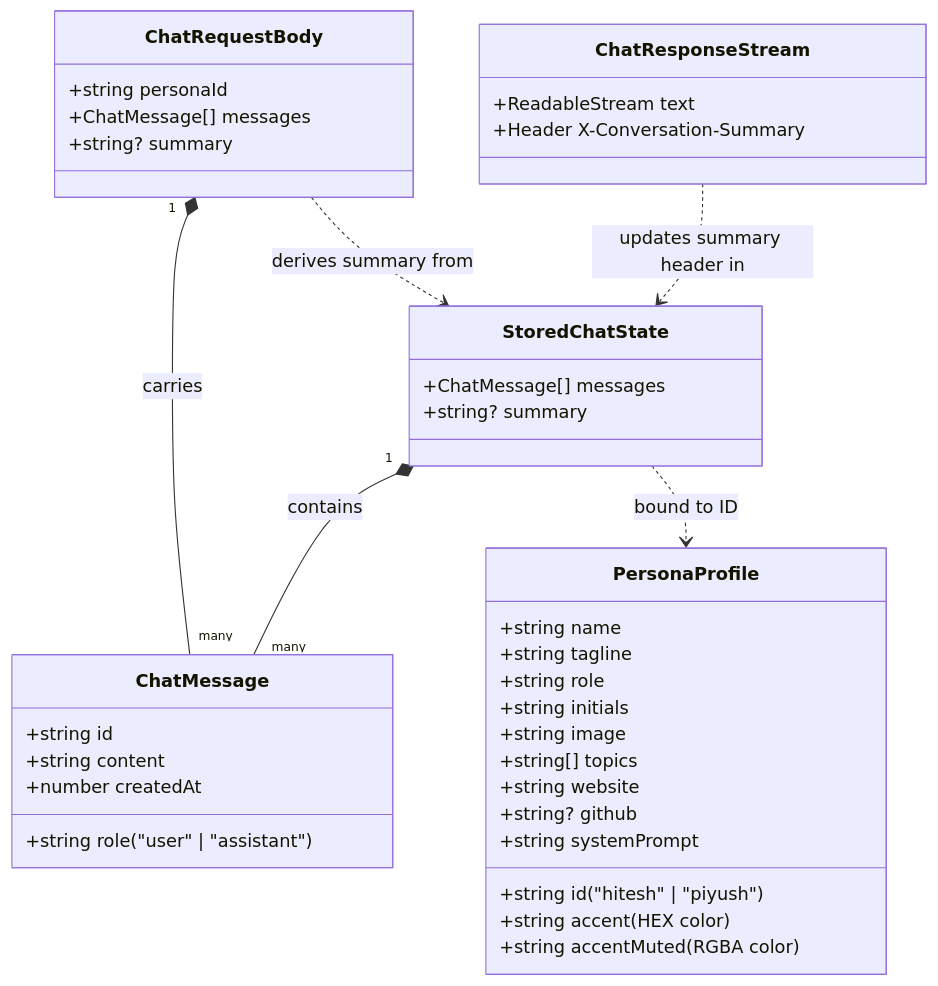
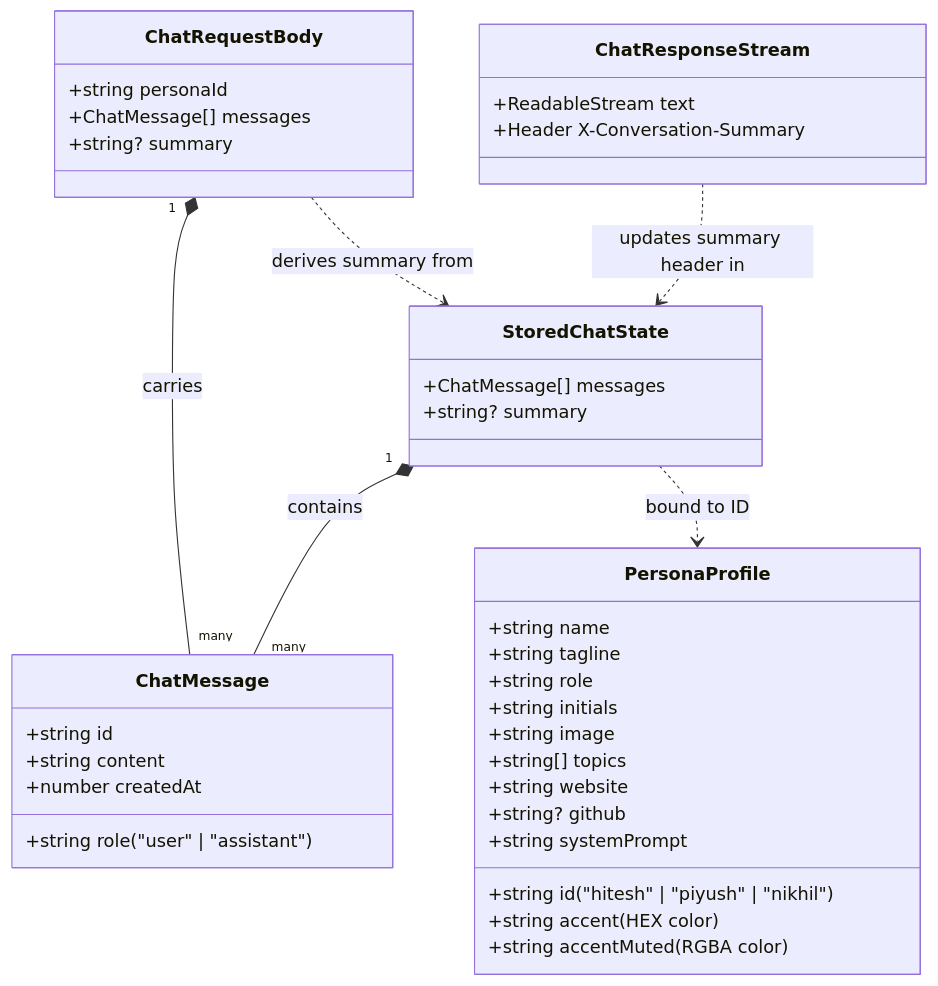
Before and after one commit to sharmadipalidev/Persona: the diagram in README.md, drawn with Mermaid. The commit also changed other lines of this file, not shown here.

Commit message:
Update project README with simulated mentors, architecture flow diagrams, and file structures

````diff
--- a/README.md
+++ b/README.md
@@ -13,47 +16,47 @@
 ```mermaid
 classDiagram
     class StoredChatState {
         +ChatMessage[] messages
         +string? summary
     }
 
     class ChatMessage {
         +string id
         +string role ("user" | "assistant")
         +string content
         +number createdAt
     }
 
     class PersonaProfile {
-        +string id ("hitesh" | "piyush")
+        +string id ("hitesh" | "piyush" | "nikhil")
         +string name
         +string tagline
         +string role
         +string accent (HEX color)
         +string accentMuted (RGBA color)
         +string initials
         +string image
         +string[] topics
         +string website
         +string? github
         +string systemPrompt
     }
 
     class ChatRequestBody {
         +string personaId
         +ChatMessage[] messages
         +string? summary
     }
 
     class ChatResponseStream {
         +ReadableStream text
         +Header X-Conversation-Summary
     }
 
     %% Relationships and storage
     StoredChatState "1" *-- "many" ChatMessage : contains
     StoredChatState ..> PersonaProfile : bound to ID
     ChatRequestBody "1" *-- "many" ChatMessage : carries
     ChatRequestBody ..> StoredChatState : derives summary from
     ChatResponseStream ..> StoredChatState : updates summary header in
 ```
````
